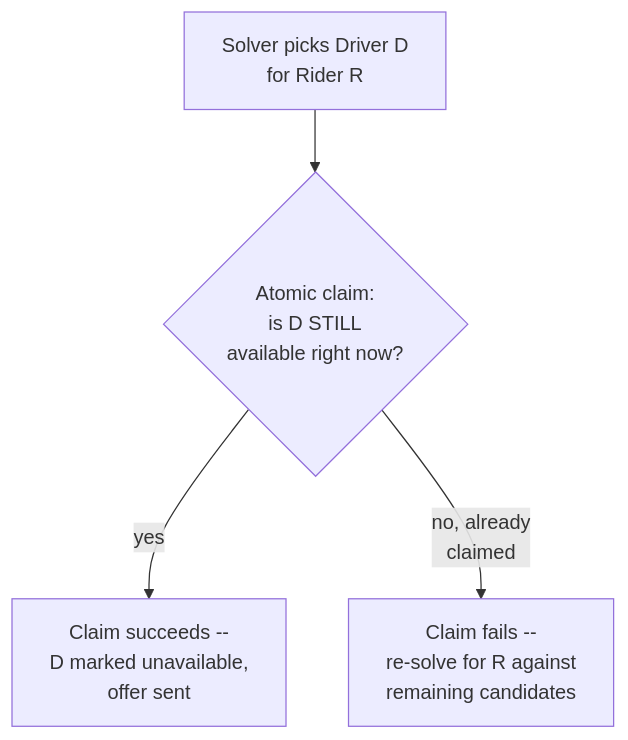
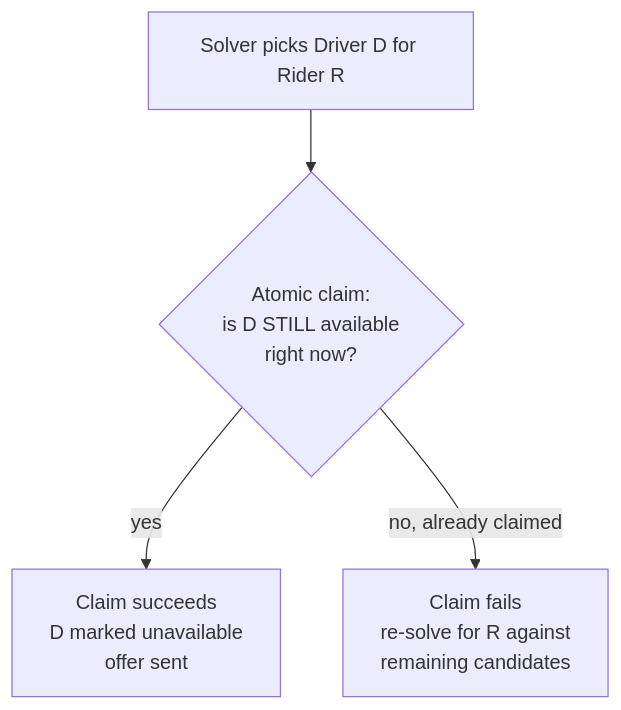
Before and after one commit to riyaz-pasha/Learnings: the fifth of 11 diagrams in system-design/HLD/0-course/62-Design-Ubers-Driver-Dispatch-System-FAANG-Guide-story.md, drawn with Mermaid. The commit also changed other lines of this file and 1 other file, not shown here.

Commit message:
[REWRITE] Uber Driver Dispatch System story guide: simplify prose, add structure, fix diagrams

````diff
--- a/system-design/HLD/0-course/62-Design-Ubers-Driver-Dispatch-System-FAANG-Guide-story.md
+++ b/system-design/HLD/0-course/62-Design-Ubers-Driver-Dispatch-System-FAANG-Guide-story.md
@@ -242,6 +360,6 @@
 ```mermaid
 flowchart TD
-    Pick["Solver picks Driver D\nfor Rider R"] --> CAS{"Atomic claim:\nis D STILL\navailable right now?"}
-    CAS -->|"yes"| Win["Claim succeeds --\nD marked unavailable,\noffer sent"]
-    CAS -->|"no, already\nclaimed"| Lose["Claim fails --\nre-solve for R against\nremaining candidates"]
+    Pick["Solver picks Driver D for Rider R"] --> CAS{"Atomic claim:<br/>is D STILL available<br/>right now?"}
+    CAS -->|"yes"| Win["Claim succeeds<br/>D marked unavailable<br/>offer sent"]
+    CAS -->|"no, already claimed"| Lose["Claim fails<br/>re-solve for R against<br/>remaining candidates"]
 ```
````
